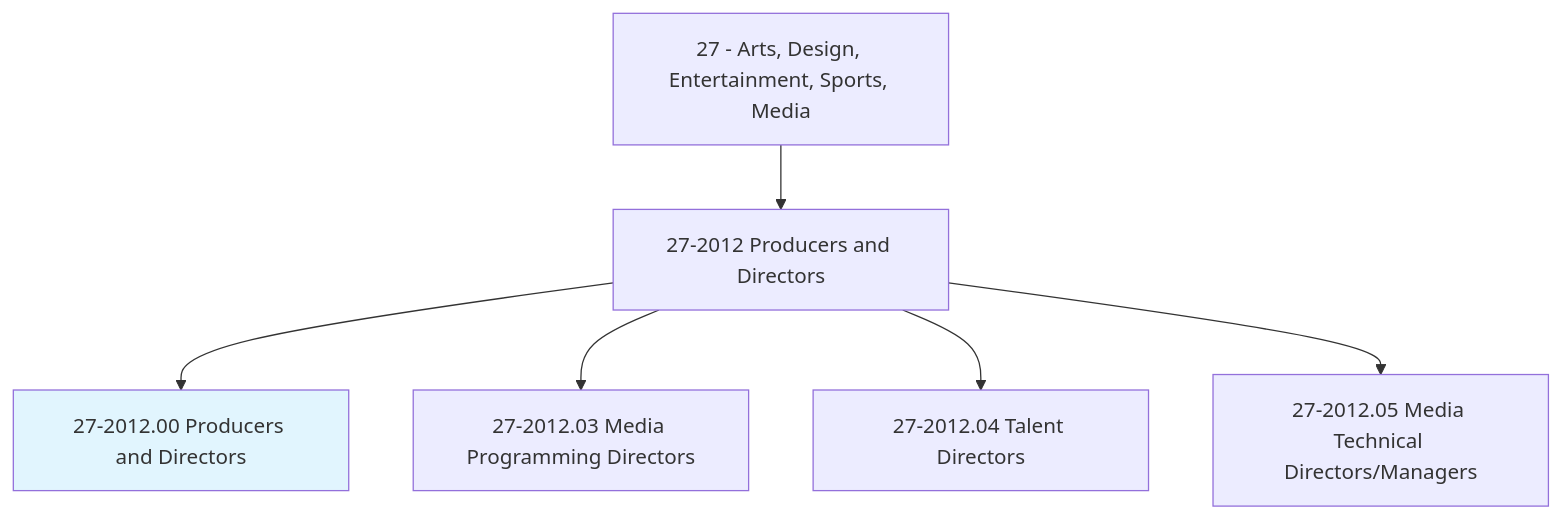
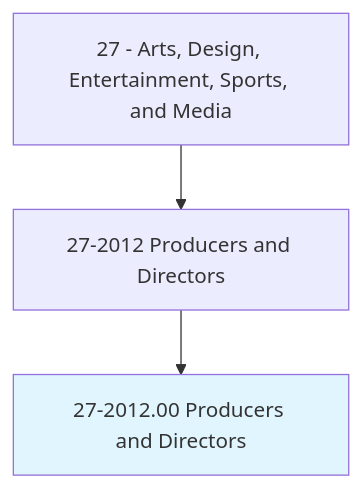
Before and after one commit to kziemski/business.org.ai: the first of 4 diagrams in occupations/ArtsMedia/ProducersAndDirectors.mdx, drawn with Mermaid. The commit also changed other lines of this file and 938 other files, not shown here.

````diff
--- a/occupations/ArtsMedia/ProducersAndDirectors.mdx
+++ b/occupations/ArtsMedia/ProducersAndDirectors.mdx
@@ -19,9 +23,6 @@
 ```mermaid
 graph TD
-    Cat27["27 - Arts, Design, Entertainment, Sports, Media"] --> Group272012["27-2012 Producers and Directors"]
+    Cat27["27 - Arts, Design, Entertainment, Sports, and Media"] --> Group272012["27-2012 Producers and Directors"]
     Group272012 --> Current["27-2012.00 Producers and Directors"]
     style Current fill:#e1f5fe
-    Group272012 --> V27201203["27-2012.03 Media Programming Directors"]
-    Group272012 --> V27201204["27-2012.04 Talent Directors"]
-    Group272012 --> V27201205["27-2012.05 Media Technical Directors/Managers"]
 ```
````
